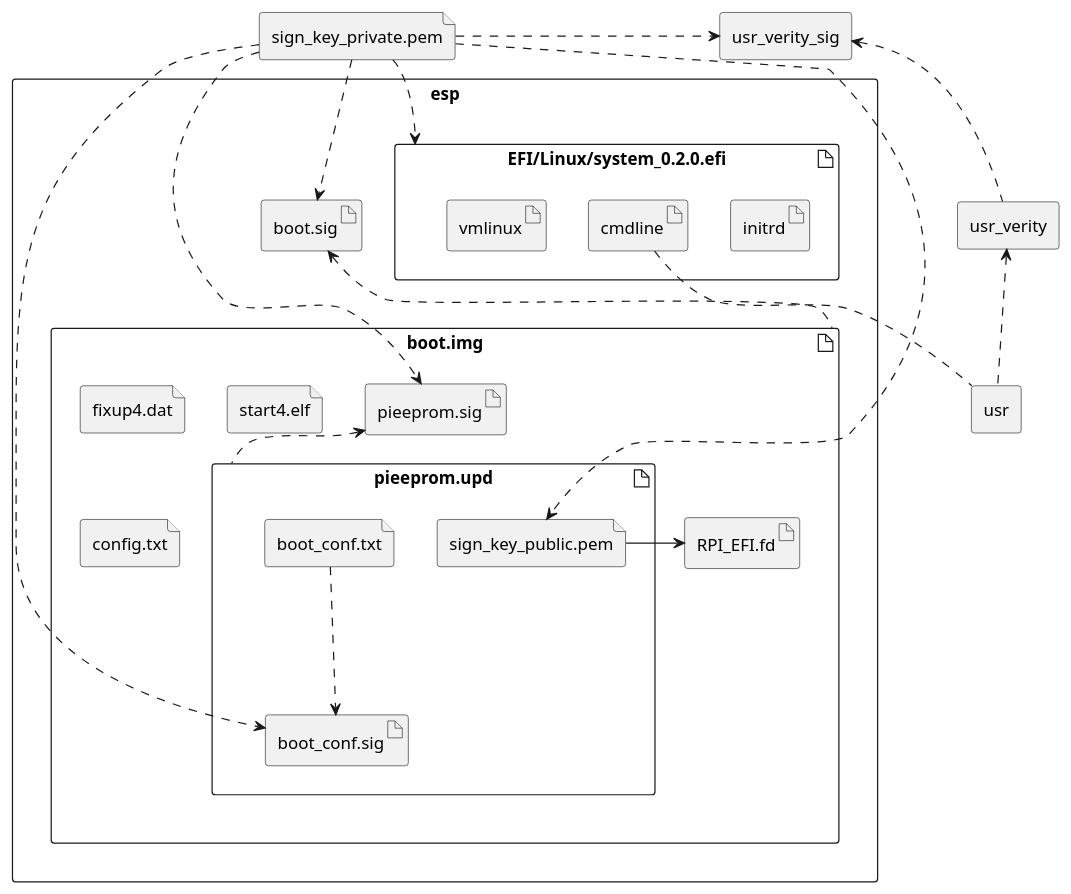
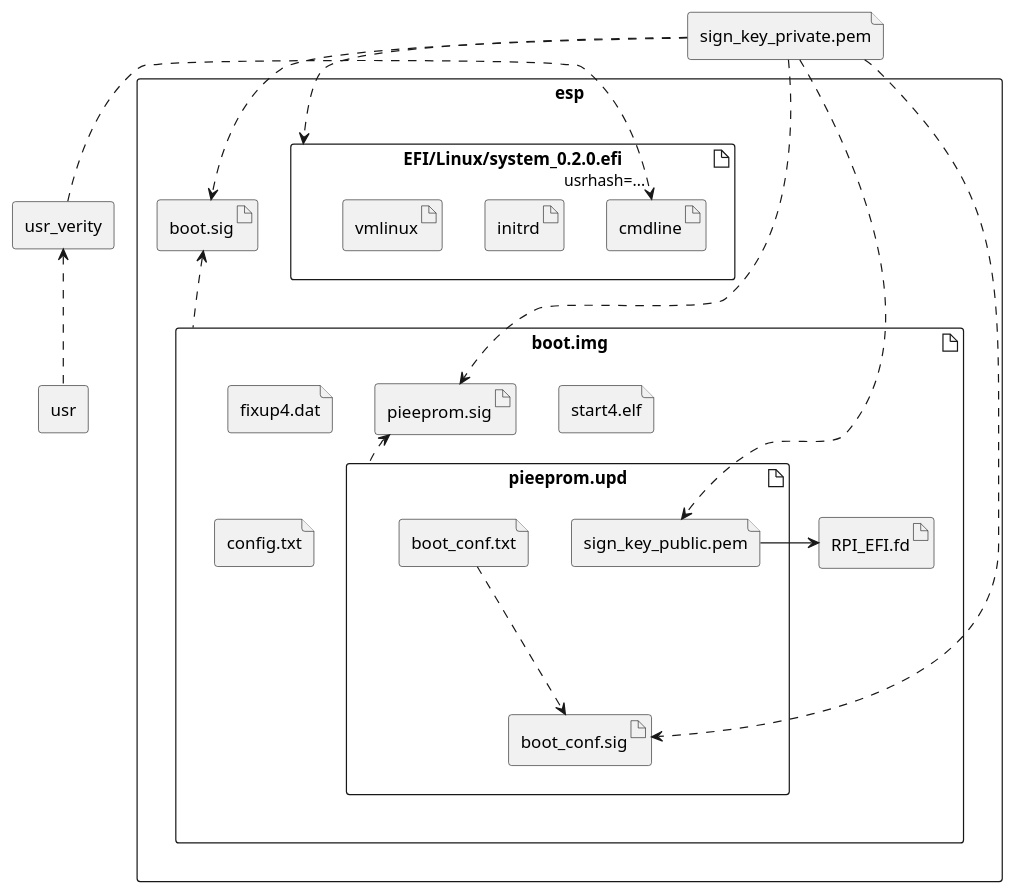
The diagram in docs/plan.plantuml (valtzu/rpi-mkosi), drawn with PlantUML before and after one commit. The commit also changed 1 other file, not shown here.

```diff
--- a/docs/plan.plantuml
+++ b/docs/plan.plantuml
@@ -1,51 +1,47 @@
 @startuml
 
 file sign_key_private.pem
 
 rectangle usr {
 }
 rectangle usr_verity {
-}
-rectangle usr_verity_sig {
 }
 
 rectangle esp {
     artifact boot.img {
         file fixup4.dat
         file start4.elf
         file config.txt
         artifact RPI_EFI.fd {
         }
         artifact pieeprom.upd {
             file sign_key_public.pem
             file boot_conf.txt
             artifact boot_conf.sig
         }
         artifact pieeprom.sig {
         }
     }
     artifact boot.sig
 
     artifact "EFI/Linux/system_0.2.0.efi" as uki {
         artifact initrd
         artifact cmdline
         artifact vmlinux
     }
 }
 
 sign_key_private.pem -.> sign_key_public.pem
 boot.img .up-> boot.sig
 sign_key_private.pem .> boot.sig
 
 boot_conf.txt -.-> boot_conf.sig
 pieeprom.upd -up.> pieeprom.sig
 sign_key_private.pem -.-> boot_conf.sig
 sign_key_private.pem -.-> pieeprom.sig
 sign_key_private.pem .-> uki
 sign_key_public.pem -> RPI_EFI.fd
-cmdline .. usr
 usr .up.> usr_verity
-usr_verity .up.> usr_verity_sig
-sign_key_private.pem .> usr_verity_sig
+usr_verity .> "usrhash=..." cmdline
 
 @enduml
```
